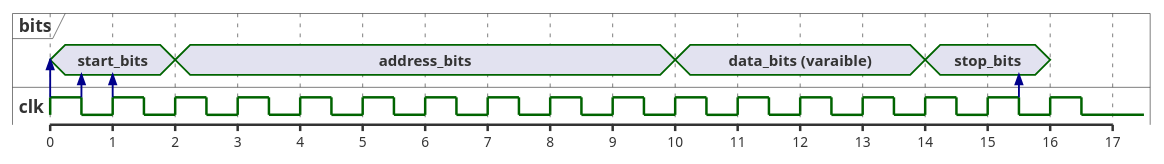
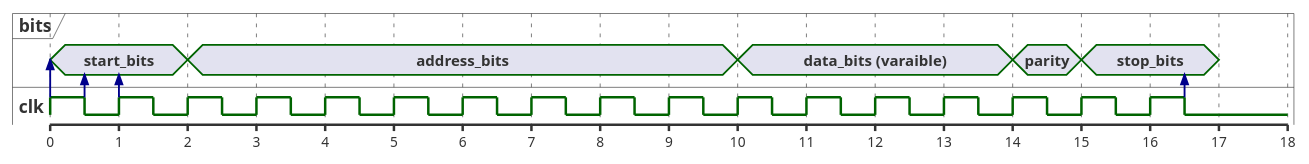
Before and after one commit to Tukkel/Projekt_2: the diagram in Updated SysML/Protokol/DataDiagram.puml, drawn with PlantUML.

Commit message:
parity bit

```diff
--- a/Updated SysML/Protokol/DataDiagram.puml
+++ b/Updated SysML/Protokol/DataDiagram.puml
@@ -1,123 +1,127 @@
 @startuml DataDiagram
 
-scale 1 as 50 pixels
+scale 1 as 55 pixels
 
 
 concise "bits" as B
 binary "clk" as C
 
 
 @B
 0 is start_bits
 2 is address_bits
 10 is "data_bits (varaible)"
-14 is stop_bits
-16 is {hidden}
+14 is parity
+15 is stop_bits
+17 is {hidden}
 
 @0
 C is high
 C -> B 
 
 @0.5
 C is low
 C -> B 
 
 @1
 C is high
 C -> B 
 
 @1.5
 C is low
 
 @2
 C is high
 
 @2.5
 C is low
 
 @3
 C is high
 
 @3.5
 C is low
 
 @4
 C is high
 
 @4.5
 C is low
 
 @5
 C is high
 
 @5.5
 C is low
 
 @6
 C is high
 
 @6.5
 C is low
 
 @7
 C is high
 
 @7.5
 C is low
 
 @8
 C is high
 
 @8.5
 C is low
 
 @9
 C is high
 
 @9.5
 C is low
 
 @10
 C is high
 
 @10.5
 C is low
 
 @11
 C is high
 
 @11.5
 C is low
 
 @12
 C is high
 
 @12.5
 C is low
 
 @13
 C is high
 
 @13.5
 C is low
 
 @14
 C is high
 
 @14.5
 C is low
 
 @15
 C is high
 
 @15.5
 C is low
-C -> B 
 
 @16
 C is high
 
 @16.5
 C is low
+C -> B
+
+@17
+C is hidden
 
 @enduml
```
